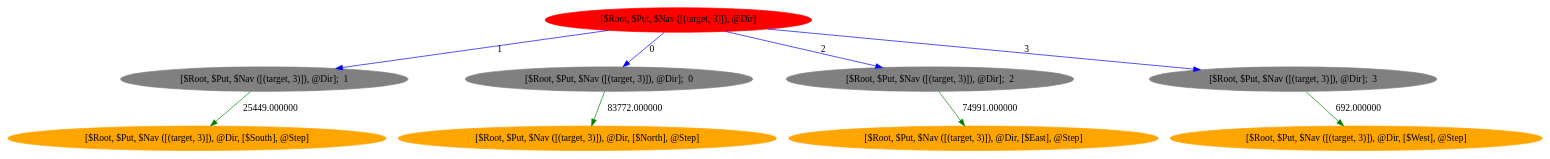
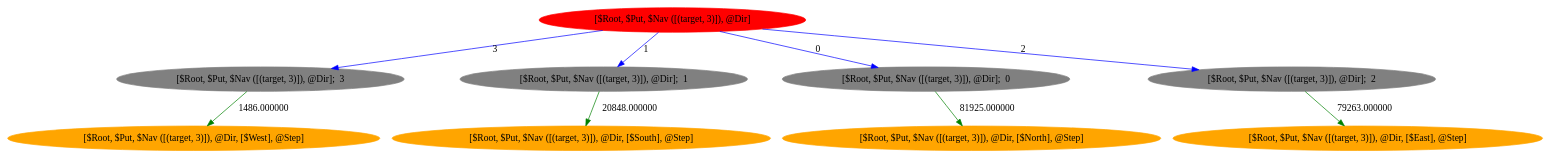
One commit to aijunbai/taxi changed the diagram in data/hierarchicalfsm-int_(4, 3, 1, 0)_transitions.dot. Above: the diagram before and after it, drawn with Graphviz. The commit also changed 38 other files, not shown here.

```diff
--- a/data/hierarchicalfsm-int_(4, 3, 1, 0)_transitions.dot
+++ b/data/hierarchicalfsm-int_(4, 3, 1, 0)_transitions.dot
@@ -1,21 +1,21 @@
 Digraph "" {
 ratio=fill
 node [style=filled];
 	1 [label="[$Root, $Put, $Nav ([(target, 3)]), @Dir]"][color="red"];
-	2 [label="[$Root, $Put, $Nav ([(target, 3)]), @Dir];  1"][color="gray"];
-	3 [label="[$Root, $Put, $Nav ([(target, 3)]), @Dir, [$South], @Step]"][color="orange"];
-	4 [label="[$Root, $Put, $Nav ([(target, 3)]), @Dir];  0"][color="gray"];
-	5 [label="[$Root, $Put, $Nav ([(target, 3)]), @Dir, [$North], @Step]"][color="orange"];
-	6 [label="[$Root, $Put, $Nav ([(target, 3)]), @Dir];  2"][color="gray"];
-	7 [label="[$Root, $Put, $Nav ([(target, 3)]), @Dir, [$East], @Step]"][color="orange"];
-	8 [label="[$Root, $Put, $Nav ([(target, 3)]), @Dir];  3"][color="gray"];
-	9 [label="[$Root, $Put, $Nav ([(target, 3)]), @Dir, [$West], @Step]"][color="orange"];
-	1 -> 8 [color="blue"][label="3"];
-	1 -> 6 [color="blue"][label="2"];
-	1 -> 4 [color="blue"][label="0"];
-	1 -> 2 [color="blue"][label="1"];
-	2 -> 3 [color="green"][label="25449.000000"];
-	4 -> 5 [color="green"][label="83772.000000"];
-	6 -> 7 [color="green"][label="74991.000000"];
-	8 -> 9 [color="green"][label="692.000000"];
+	2 [label="[$Root, $Put, $Nav ([(target, 3)]), @Dir];  3"][color="gray"];
+	3 [label="[$Root, $Put, $Nav ([(target, 3)]), @Dir, [$West], @Step]"][color="orange"];
+	4 [label="[$Root, $Put, $Nav ([(target, 3)]), @Dir];  1"][color="gray"];
+	5 [label="[$Root, $Put, $Nav ([(target, 3)]), @Dir, [$South], @Step]"][color="orange"];
+	6 [label="[$Root, $Put, $Nav ([(target, 3)]), @Dir];  0"][color="gray"];
+	7 [label="[$Root, $Put, $Nav ([(target, 3)]), @Dir, [$North], @Step]"][color="orange"];
+	8 [label="[$Root, $Put, $Nav ([(target, 3)]), @Dir];  2"][color="gray"];
+	9 [label="[$Root, $Put, $Nav ([(target, 3)]), @Dir, [$East], @Step]"][color="orange"];
+	1 -> 8 [color="blue"][label="2"];
+	1 -> 6 [color="blue"][label="0"];
+	1 -> 4 [color="blue"][label="1"];
+	1 -> 2 [color="blue"][label="3"];
+	2 -> 3 [color="green"][label="1486.000000"];
+	4 -> 5 [color="green"][label="20848.000000"];
+	6 -> 7 [color="green"][label="81925.000000"];
+	8 -> 9 [color="green"][label="79263.000000"];
 }
```
